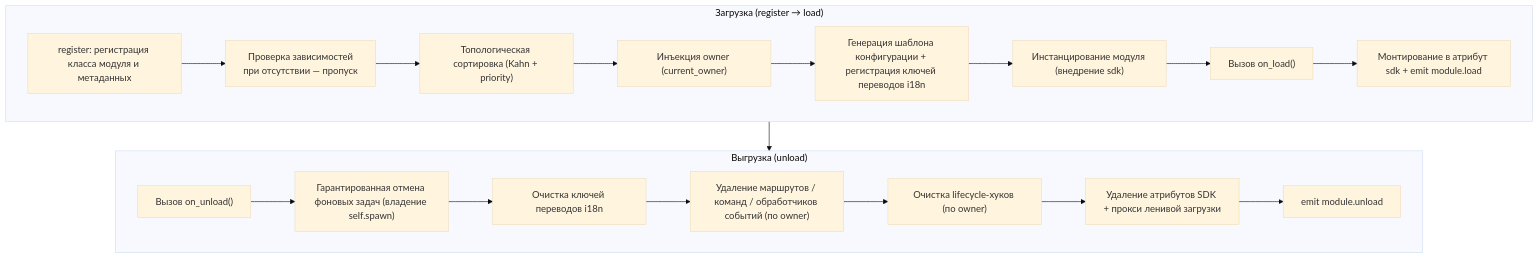
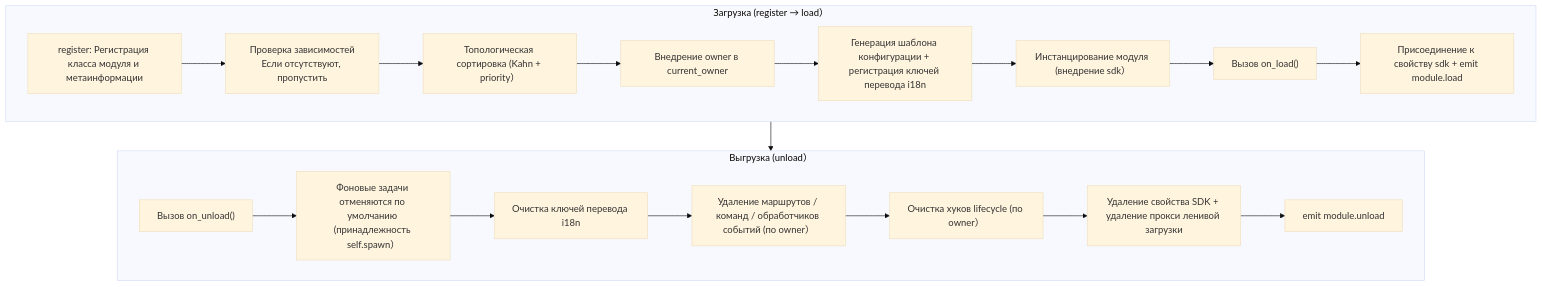
One commit to ErisPulse/ErisPulse changed the diagram in docs/ru/developer-guide/modules/core-concepts.md. Above: the diagram before and after it, drawn with Mermaid (base theme). The commit also changed other lines of this file and 113 other files, not shown here.

````diff
--- a/docs/ru/developer-guide/modules/core-concepts.md
+++ b/docs/ru/developer-guide/modules/core-concepts.md
@@ -111,23 +111,23 @@
 ```mermaid
 flowchart TD
-    subgraph Load["Загрузка (register → load)"]
-        L1["register: регистрация класса модуля и метаданных"] --> L2["Проверка зависимостей<br/>при отсутствии — пропуск"]
-        L2 --> L3["Топологическая сортировка (Kahn + priority)"]
-        L3 --> L4["Инъекция owner (current_owner)"]
-        L4 --> L5["Генерация шаблона конфигурации + регистрация ключей переводов i18n"]
-        L5 --> L6["Инстанцирование модуля (внедрение sdk)"]
+    subgraph Load["Загрузка (register → load）"]
+        L1["register: Регистрация класса модуля и метаинформации"] --> L2["Проверка зависимостей<br/>Если отсутствуют, пропустить"]
+        L2 --> L3["Топологическая сортировка (Kahn + priority）"]
+        L3 --> L4["Внедрение owner в current_owner"]
+        L4 --> L5["Генерация шаблона конфигурации + регистрация ключей перевода i18n"]
+        L5 --> L6["Инстанцирование модуля (внедрение sdk）"]
         L6 --> L7["Вызов on_load()"]
-        L7 --> L8["Монтирование в атрибут sdk + emit module.load"]
+        L7 --> L8["Присоединение к свойству sdk + emit module.load"]
     end
 
-    subgraph Unload["Выгрузка (unload)"]
-        U1["Вызов on_unload()"] --> U2["Гарантированная отмена фоновых задач (владение self.spawn)"]
-        U2 --> U3["Очистка ключей переводов i18n"]
-        U3 --> U4["Удаление маршрутов / команд / обработчиков событий (по owner)"]
-        U4 --> U5["Очистка lifecycle-хуков (по owner)"]
-        U5 --> U6["Удаление атрибутов SDK + прокси ленивой загрузки"]
+    subgraph Unload["Выгрузка (unload）"]
+        U1["Вызов on_unload()"] --> U2["Фоновые задачи отменяются по умолчанию (принадлежность self.spawn）"]
+        U2 --> U3["Очистка ключей перевода i18n"]
+        U3 --> U4["Удаление маршрутов / команд / обработчиков событий (по owner）"]
+        U4 --> U5["Очистка хуков lifecycle (по owner）"]
+        U5 --> U6["Удаление свойства SDK + удаление прокси ленивой загрузки"]
         U6 --> U7["emit module.unload"]
     end
 
     Load --> Unload
 ```
````
